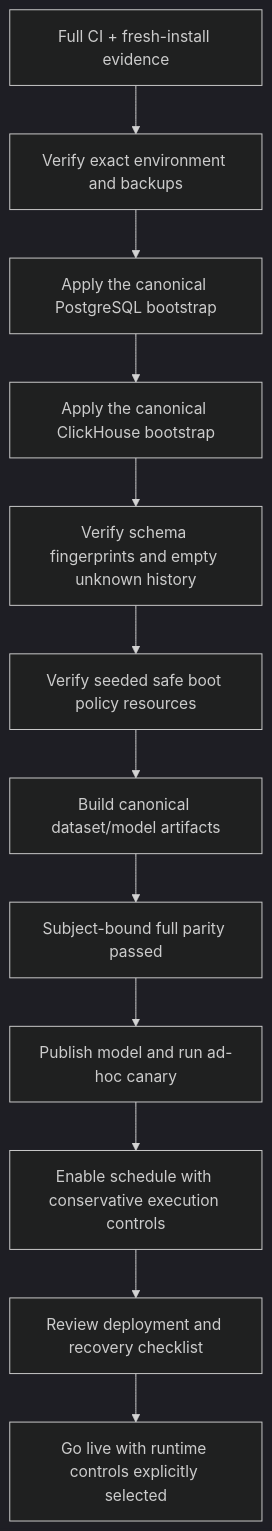
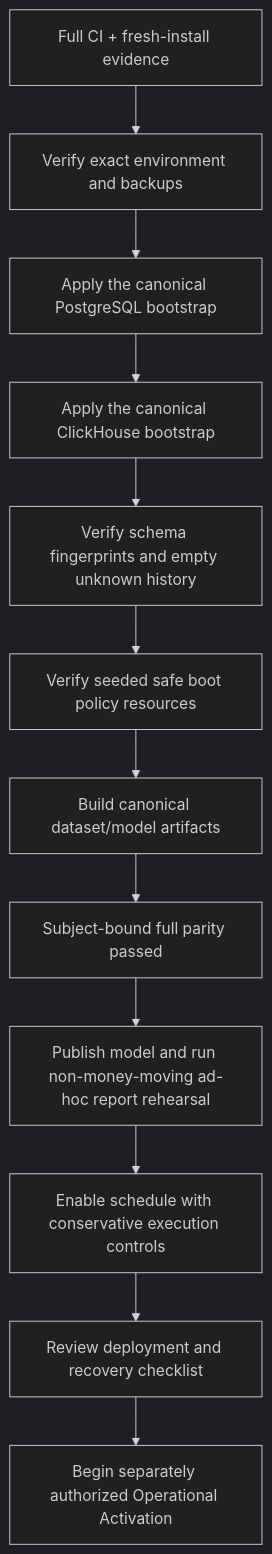
Diagram 12 of 12 in docs/operations/architecture-and-design.md (solomon-ssy/oxide-arb), drawn with Mermaid (dark theme) before and after one commit. The commit also changed other lines of this file and 563 other files, not shown here.

````diff
--- a/docs/operations/architecture-and-design.md
+++ b/docs/operations/architecture-and-design.md
@@ -803,14 +816,14 @@
 ```mermaid
 flowchart TD
     A["Full CI + fresh-install evidence"] --> B["Verify exact environment and backups"]
     B --> C["Apply the canonical PostgreSQL bootstrap"]
     C --> D["Apply the canonical ClickHouse bootstrap"]
     D --> E["Verify schema fingerprints and empty unknown history"]
     E --> F["Verify seeded safe boot policy resources"]
     F --> G["Build canonical dataset/model artifacts"]
     G --> H["Subject-bound full parity passed"]
-    H --> I["Publish model and run ad-hoc canary"]
+    H --> I["Publish model and run non-money-moving ad-hoc report rehearsal"]
     I --> J["Enable schedule with conservative execution controls"]
     J --> K["Review deployment and recovery checklist"]
-    K --> L["Go live with runtime controls explicitly selected"]
+    K --> L["Begin separately authorized Operational Activation"]
 ```
````
